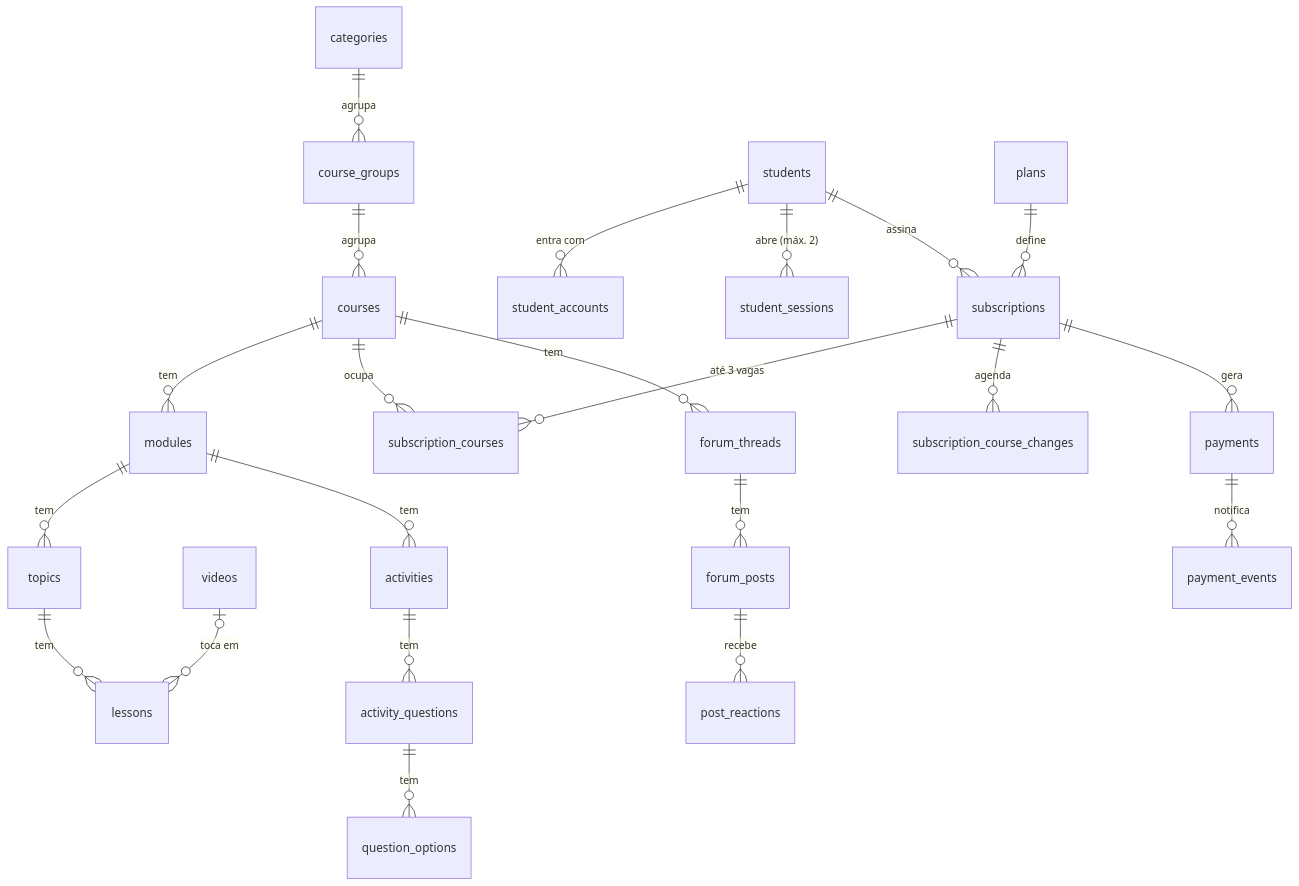
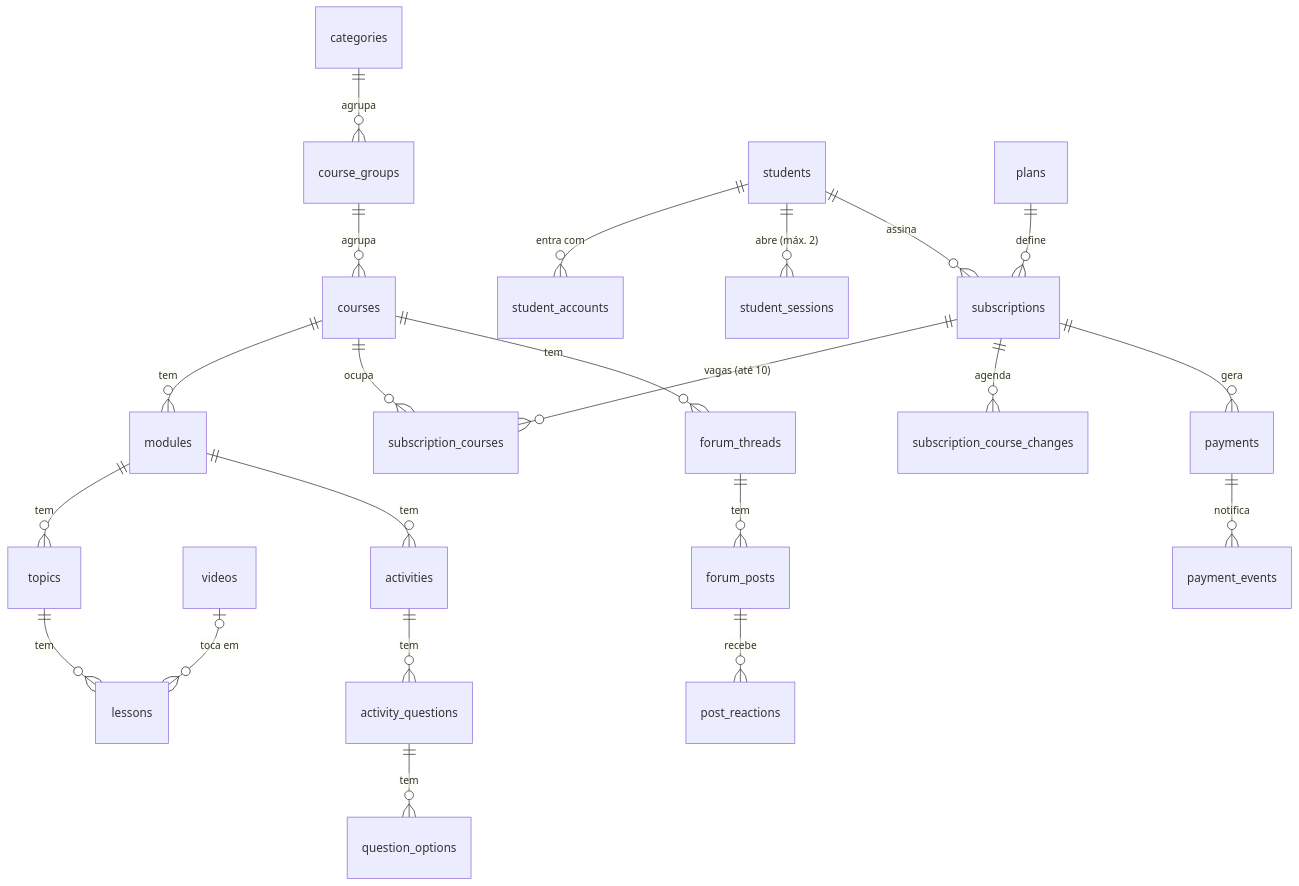
Before and after one commit to paulosoares7/paulo_soares_portifolio: the diagram in docs/04-banco-de-dados.md, drawn with Mermaid. The commit also changed other lines of this file and 49 other files, not shown here.

````diff
--- a/docs/04-banco-de-dados.md
+++ b/docs/04-banco-de-dados.md
@@ -20,24 +20,24 @@
 ```mermaid
 erDiagram
     categories ||--o{ course_groups : agrupa
     course_groups ||--o{ courses : agrupa
     courses ||--o{ modules : tem
     modules ||--o{ topics : tem
     topics ||--o{ lessons : tem
     videos |o--o{ lessons : "toca em"
     modules ||--o{ activities : tem
     activities ||--o{ activity_questions : tem
     activity_questions ||--o{ question_options : tem
     students ||--o{ student_accounts : "entra com"
     students ||--o{ student_sessions : "abre (máx. 2)"
     students ||--o{ subscriptions : assina
     plans ||--o{ subscriptions : define
-    subscriptions ||--o{ subscription_courses : "até 3 vagas"
+    subscriptions ||--o{ subscription_courses : "vagas (até 10)"
     courses ||--o{ subscription_courses : ocupa
     subscriptions ||--o{ subscription_course_changes : agenda
     subscriptions ||--o{ payments : gera
     payments ||--o{ payment_events : notifica
     courses ||--o{ forum_threads : tem
     forum_threads ||--o{ forum_posts : tem
     forum_posts ||--o{ post_reactions : recebe
 ```
````
